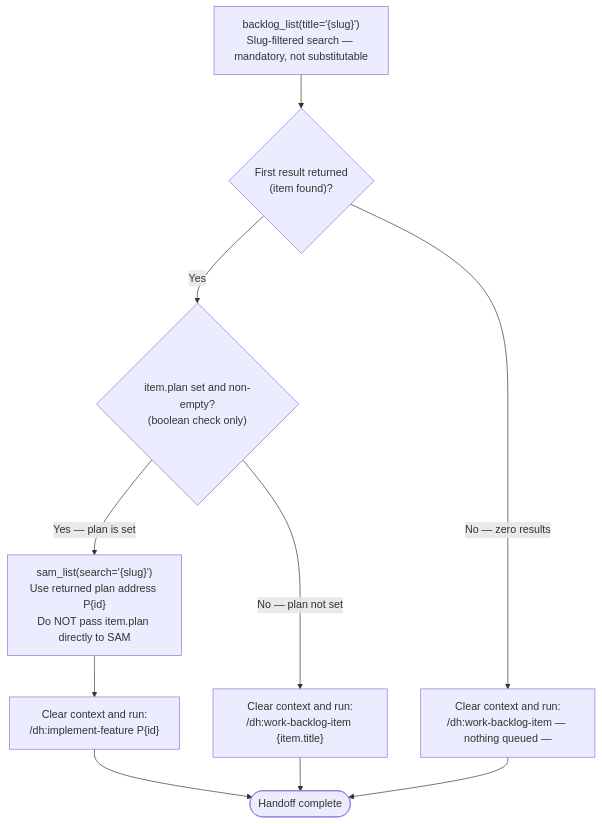
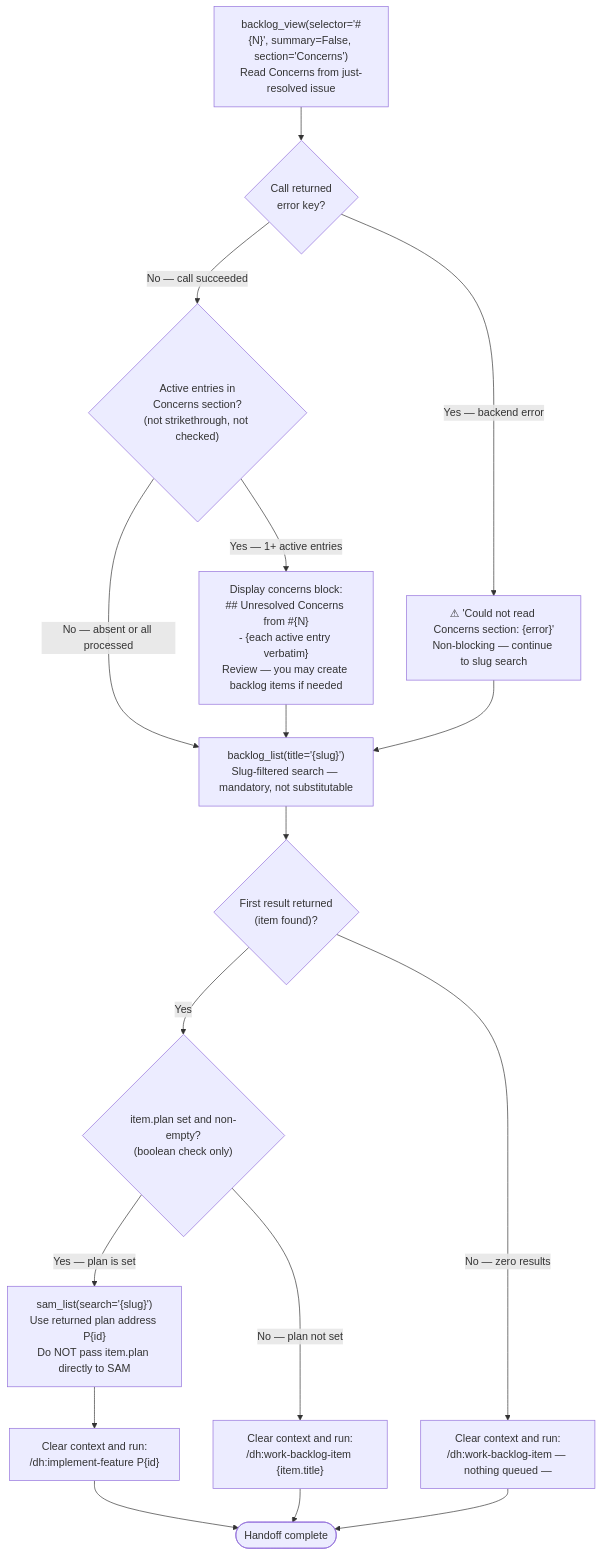
The diagram in plugins/development-harness/skills/complete-implementation/references/final-handoff.md (chgreer1070/claude_skills), drawn with Mermaid before and after one commit. The commit also changed other lines of this file and 1 other file, not shown here.

First line of the commit message:
docs(complete-implementation): surface Concerns at Final Handoff before slug search

````diff
--- a/plugins/development-harness/skills/complete-implementation/references/final-handoff.md
+++ b/plugins/development-harness/skills/complete-implementation/references/final-handoff.md
@@ -10,13 +41,22 @@
 ```mermaid
 flowchart TD
+    %% Step 1: Read Concerns from just-resolved issue — MUST run before slug-search routing
+    %% #{N} = issue_number extracted in 'Apply status:verified Label' Step 2
+    ConcernsCheck["backlog_view(selector='#{N}', summary=False, section='Concerns')<br>Read Concerns from just-resolved issue"] --> ConcernsError{"Call returned<br>error key?"}
+    ConcernsError -->|"Yes — backend error"| WarnContinue["⚠ 'Could not read Concerns section: {error}'<br>Non-blocking — continue to slug search"]
+    ConcernsError -->|"No — call succeeded"| HasActiveConcerns{"Active entries in<br>Concerns section?<br>(not strikethrough, not checked)"}
+    HasActiveConcerns -->|"Yes — 1+ active entries"| DisplayConcerns["Display concerns block:<br>## Unresolved Concerns from #{N}<br>- {each active entry verbatim}<br>Review — you may create backlog items if needed"]
+    HasActiveConcerns -->|"No — absent or all processed"| Fetch
+    DisplayConcerns --> Fetch
+    WarnContinue --> Fetch
     %% The filter is mandatory — do NOT substitute a general P1/P2 listing already in context
     Fetch["backlog_list(title='{slug}')<br>Slug-filtered search — mandatory, not substitutable"] --> ItemFound{"First result returned<br>(item found)?"}
     ItemFound -->|"No — zero results"| NothingQueued["Clear context and run:<br>/dh:work-backlog-item — nothing queued —"]
     ItemFound -->|"Yes"| PlanSet{"item.plan set and non-empty?<br>(boolean check only)"}
     PlanSet -->|"Yes — plan is set"| ResolvePlan["sam_list(search='{slug}')<br>Use returned plan address P{id}<br>Do NOT pass item.plan directly to SAM"]
     PlanSet -->|"No — plan not set"| WorkItem["Clear context and run:<br>/dh:work-backlog-item {item.title}"]
     ResolvePlan --> ImplementFeature["Clear context and run:<br>/dh:implement-feature P{id}"]
     ImplementFeature --> Done([Handoff complete])
     WorkItem --> Done
     NothingQueued --> Done
 ```
````
